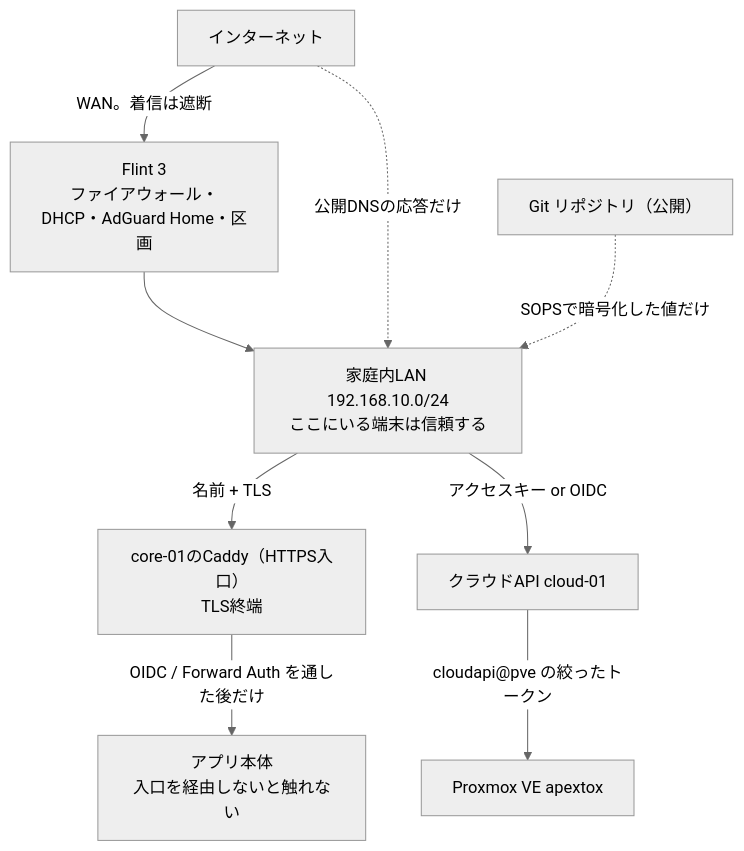
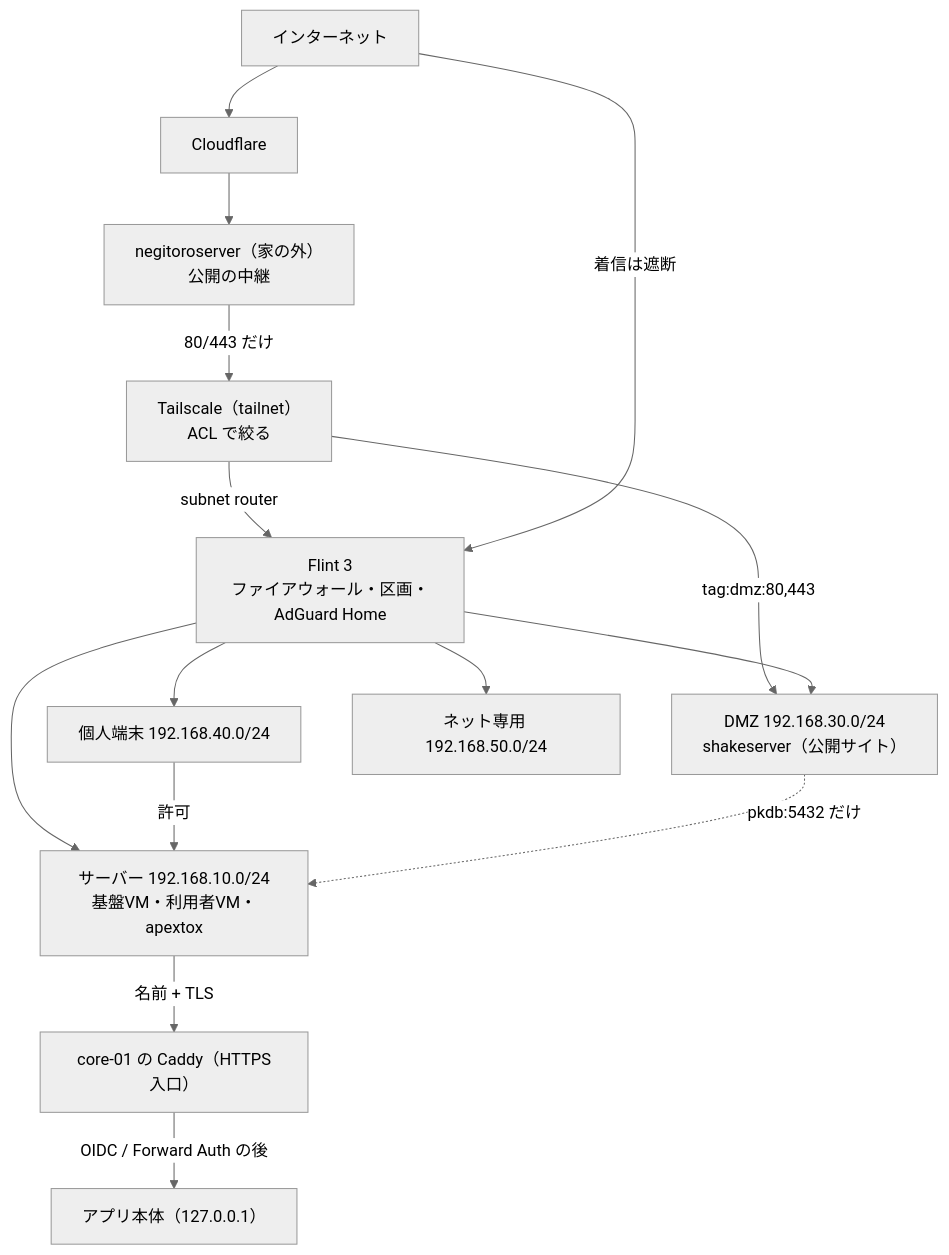
Before and after one commit to rurutheGeek/shake-cloud: the diagram in docs/architecture/security.md, drawn with Mermaid (neutral theme). The commit also changed other lines of this file and 10 other files, not shown here.

````diff
--- a/docs/architecture/security.md
+++ b/docs/architecture/security.md
@@ -36,20 +33,28 @@
 ```mermaid
 flowchart TB
   net["インターネット"]
-  router["Flint 3<br/>ファイアウォール・DHCP・AdGuard Home・区画"]
-  lan["家庭内LAN 192.168.10.0/24<br/>ここにいる端末は信頼する"]
-  edge["core-01のCaddy（HTTPS入口）<br/>TLS終端"]
-  app["アプリ本体<br/>入口を経由しないと触れない"]
-  api["クラウドAPI cloud-01"]
-  pve["Proxmox VE apextox"]
-  git["Git リポジトリ（公開）"]
+  cf["Cloudflare"]
+  relay["negitoroserver（家の外）<br/>公開の中継"]
+  ts["Tailscale（tailnet）<br/>ACL で絞る"]
+  router["Flint 3<br/>ファイアウォール・区画・AdGuard Home"]
+  dmz["DMZ 192.168.30.0/24<br/>shakeserver（公開サイト）"]
+  lan["サーバー 192.168.10.0/24<br/>基盤VM・利用者VM・apextox"]
+  personal["個人端末 192.168.40.0/24"]
+  iot["ネット専用 192.168.50.0/24"]
+  edge["core-01 の Caddy（HTTPS入口）"]
+  app["アプリ本体（127.0.0.1）"]
 
-  net -->|"WAN。着信は遮断"| router
+  net --> cf --> relay
+  relay -->|"80/443 だけ"| ts
+  ts -->|"tag:dmz:80,443"| dmz
+  ts -->|"subnet router"| router
+  net -->|"着信は遮断"| router
   router --> lan
-  net -. "公開DNSの応答だけ" .-> lan
+  router --> personal
+  router --> iot
+  router --> dmz
+  personal -->|"許可"| lan
+  dmz -. "pkdb:5432 だけ" .-> lan
   lan -->|"名前 + TLS"| edge
-  edge -->|"OIDC / Forward Auth を通した後だけ"| app
-  lan -->|"アクセスキー or OIDC"| api
-  api -->|"cloudapi@pve の絞ったトークン"| pve
-  git -. "SOPSで暗号化した値だけ" .-> lan
+  edge -->|"OIDC / Forward Auth の後"| app
 ```
````
